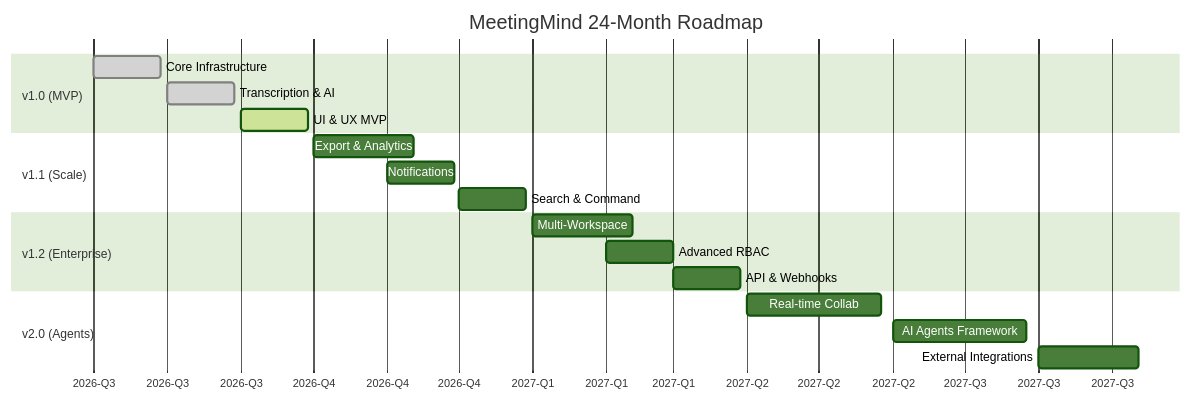
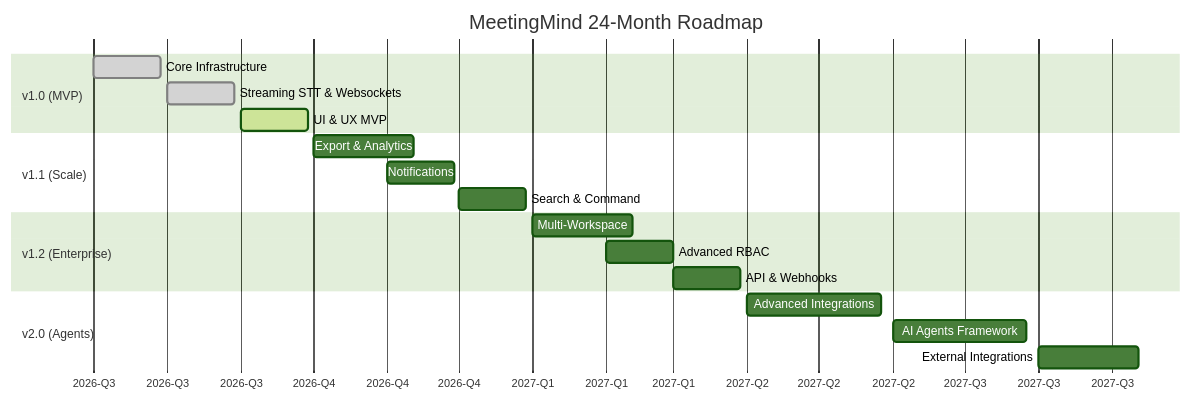
The diagram in 00-project/roadmap.md (rudrabhavsar7/MeetingMind), drawn with Mermaid (forest theme) before and after one commit. The commit also changed other lines of this file and 82 other files, not shown here.

````diff
--- a/00-project/roadmap.md
+++ b/00-project/roadmap.md
@@ -19,26 +19,26 @@
 ```mermaid
 gantt
     title MeetingMind 24-Month Roadmap
     dateFormat  YYYY-MM
     axisFormat  %Y-Q%q
 
     section v1.0 (MVP)
     Core Infrastructure   :done, 2026-07, 4w
-    Transcription & AI    :done, 2026-08, 4w
+    Streaming STT & Websockets :done, 2026-08, 4w
     UI & UX MVP           :active, 2026-09, 4w
 
     section v1.1 (Scale)
     Export & Analytics    :2026-10, 6w
     Notifications         :2026-11, 4w
     Search & Command      :2026-12, 4w
 
     section v1.2 (Enterprise)
     Multi-Workspace       :2027-01, 6w
     Advanced RBAC         :2027-02, 4w
     API & Webhooks        :2027-03, 4w
 
     section v2.0 (Agents)
-    Real-time Collab      :2027-04, 8w
+    Advanced Integrations :2027-04, 8w
     AI Agents Framework   :2027-06, 8w
     External Integrations :2027-08, 6w
 ```
````
